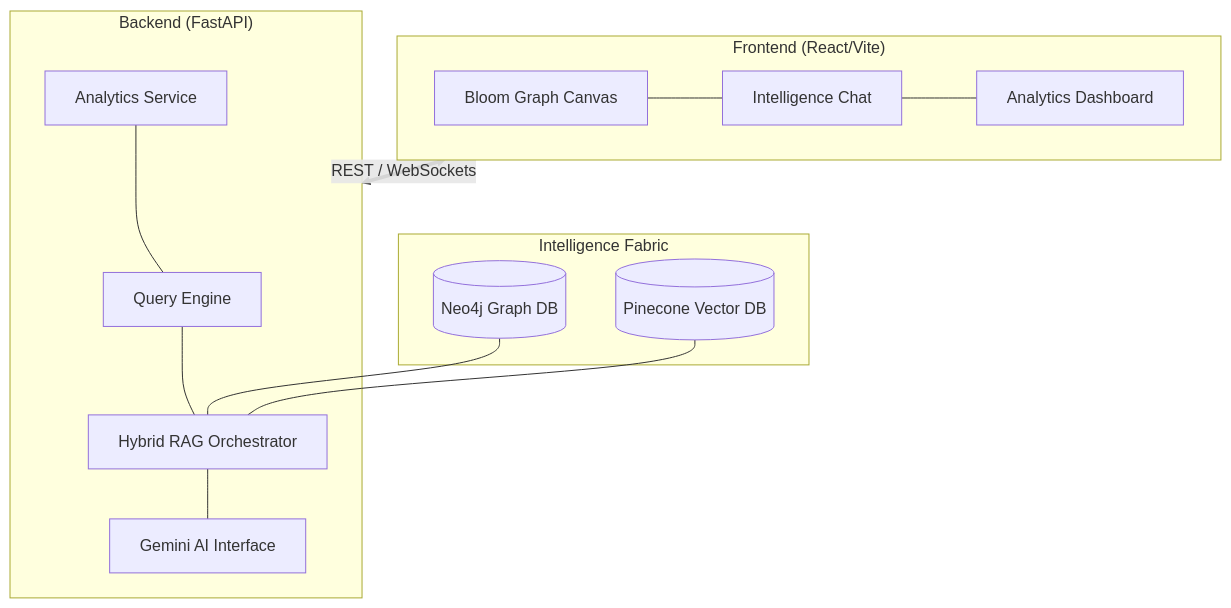
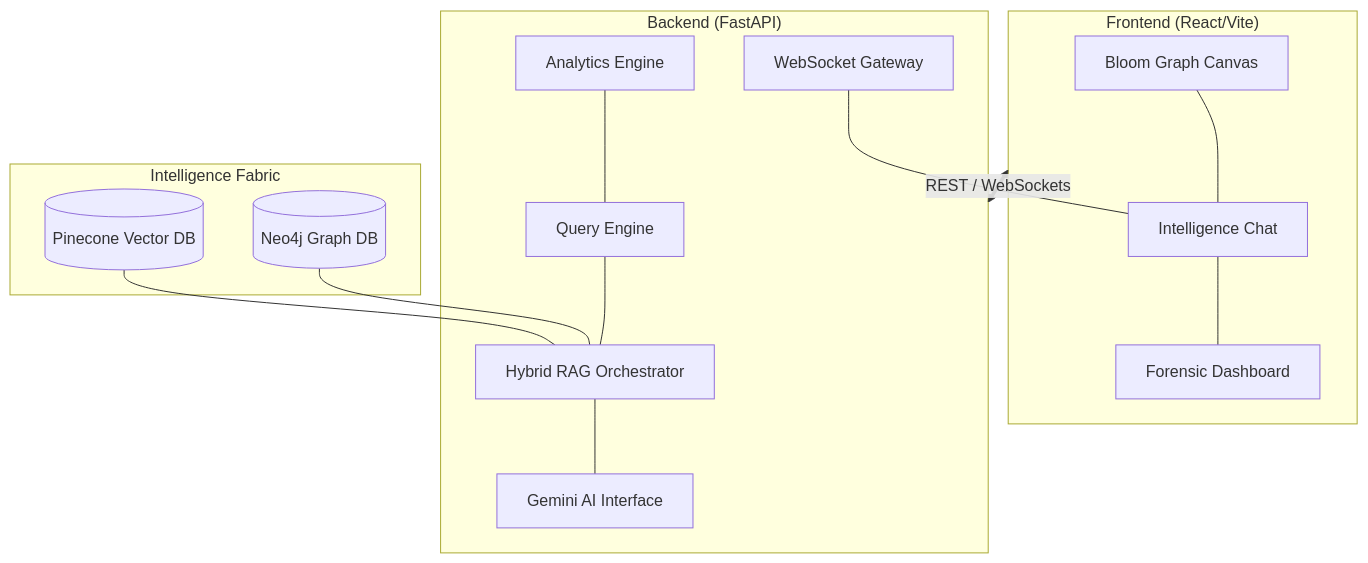
The diagram in README.md (Juxtpawan/AI-based-Knowledge-Graph-Builder-for-Enterprise-Intelligence), drawn with Mermaid before and after one commit. The commit also changed other lines of this file and 7 other files, not shown here.

Commit message:
feat: implement hybrid RAG architecture with CoT-powered Thought Stepper and real-time analytics support

````diff
--- a/README.md
+++ b/README.md
@@ -95,20 +96,21 @@
 ```mermaid
 graph TD
     subgraph Client ["Frontend (React/Vite)"]
         A[Bloom Graph Canvas] --- B[Intelligence Chat]
-        B --- C[Analytics Dashboard]
+        B --- C[Forensic Dashboard]
     end
 
     subgraph Server ["Backend (FastAPI)"]
         D[Query Engine] --- E[Hybrid RAG Orchestrator]
         E --- F[Gemini AI Interface]
-        G[Analytics Service] --- D
+        G[Analytics Engine] --- D
+        J[WebSocket Gateway] --- B
     end
 
     subgraph Storage ["Intelligence Fabric"]
         H[(Neo4j Graph DB)] --- E
         I[(Pinecone Vector DB)] --- E
     end
 
     Client <==>|REST / WebSockets| Server
 ```
````
